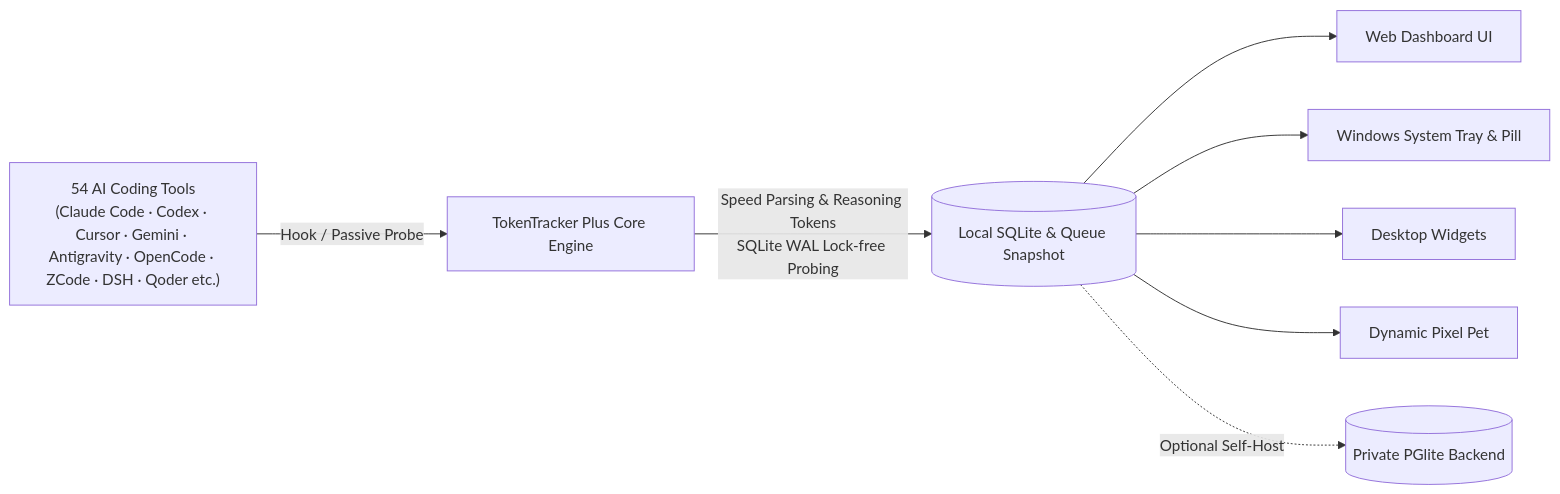
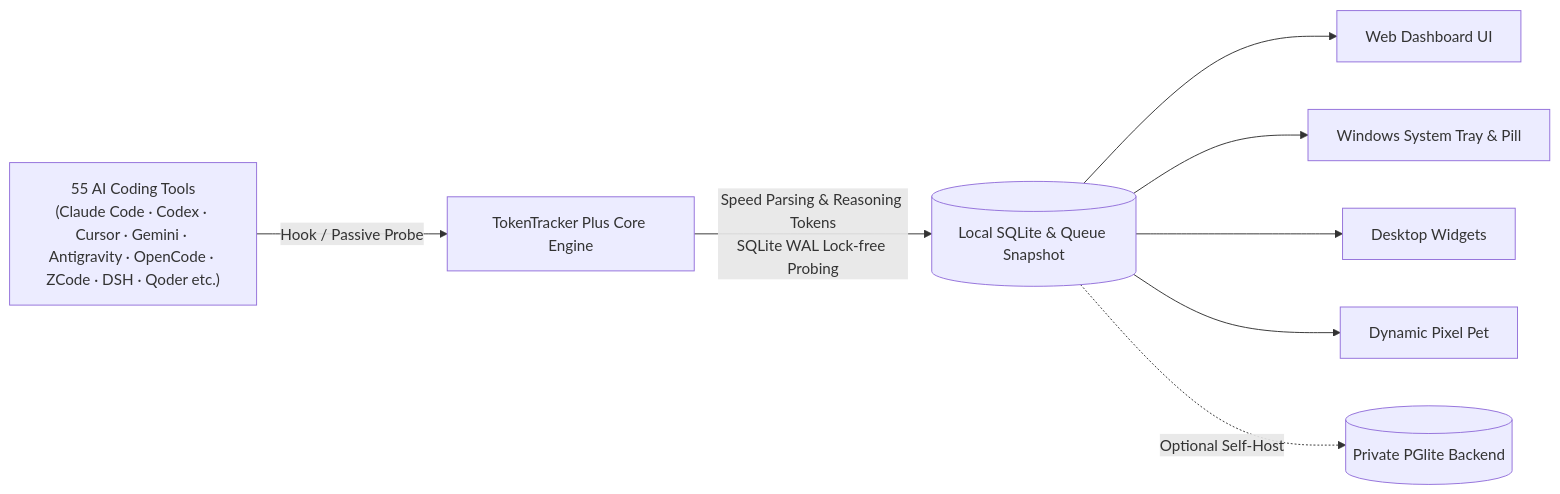
One commit to 01UNCLEDOG01/TokenTracker-Plus changed the diagram in README.en.md. Above: the diagram before and after it, drawn with Mermaid. The commit also changed other lines of this file and 17 other files, not shown here.

````diff
--- a/README.en.md
+++ b/README.en.md
@@ -213,10 +214,10 @@
 ```mermaid
 flowchart LR
-    A["54 AI Coding Tools<br/>(Claude Code · Codex · Cursor · Gemini · Antigravity · OpenCode · ZCode · DSH · Qoder etc.)"] -->|Hook / Passive Probe| B[TokenTracker Plus Core Engine]
+    A["55 AI Coding Tools<br/>(Claude Code · Codex · Cursor · Gemini · Antigravity · OpenCode · ZCode · DSH · Qoder etc.)"] -->|Hook / Passive Probe| B[TokenTracker Plus Core Engine]
     B -->|Speed Parsing & Reasoning Tokens<br/>SQLite WAL Lock-free Probing| C[(Local SQLite & Queue Snapshot)]
     C --> D[Web Dashboard UI]
     C --> E[Windows System Tray & Pill]
     C --> F[Desktop Widgets]
     C --> G[Dynamic Pixel Pet]
     C -.->|Optional Self-Host| H[(Private PGlite Backend)]
 ```
````
